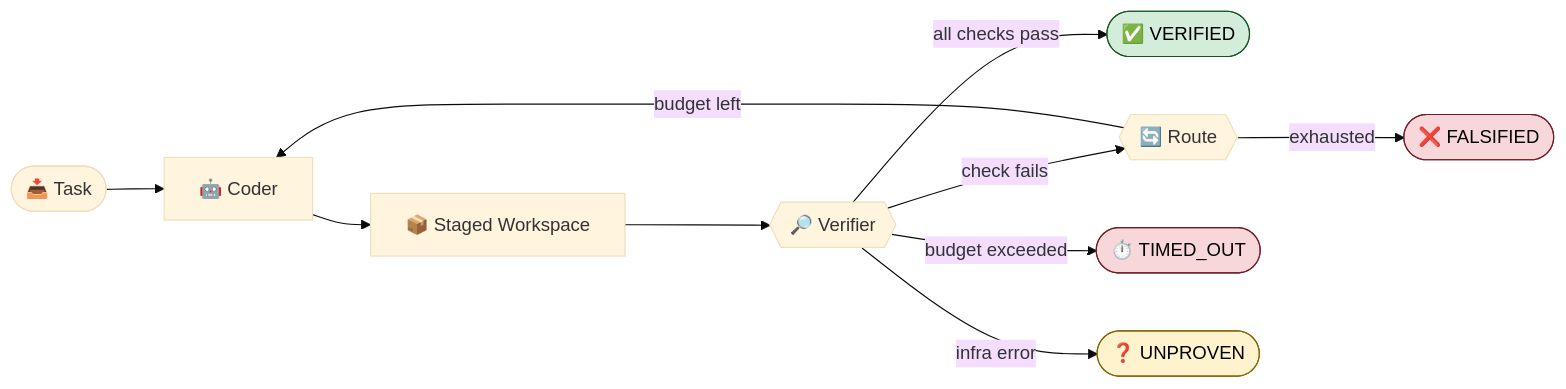
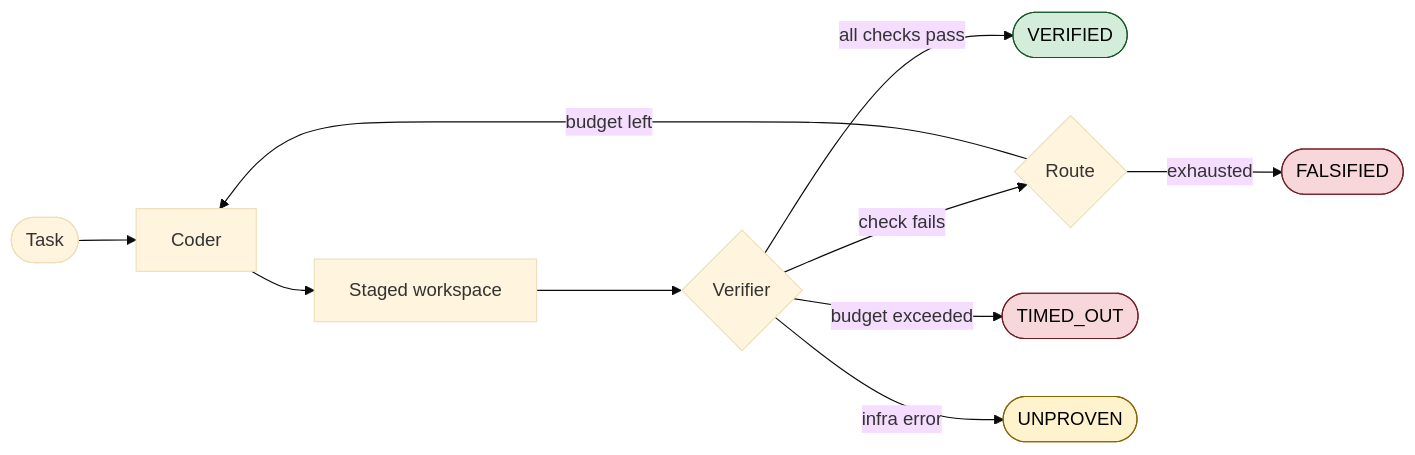
One commit to yhinai/true changed the first of 8 diagrams in README.md. Above: the diagram before and after it, drawn with Mermaid (base theme). The commit also changed other lines of this file, not shown here.

Commit message:
docs: minimal README with fixed diagrams

````diff
--- a/README.md
+++ b/README.md
@@ -25,19 +22,19 @@
 ```mermaid
 flowchart LR
-    Task([📥 Task]) --> Coder[🤖 Coder]
-    Coder --> Stage[📦 Staged Workspace]
-    Stage --> Verify{{🔎 Verifier}}
-    Verify -- all checks pass --> Verified([✅ VERIFIED])
-    Verify -- check fails --> Retry{{🔄 Route}}
-    Verify -- budget exceeded --> Timeout([⏱️ TIMED_OUT])
-    Verify -- infra error --> Unproven([❓ UNPROVEN])
-    Retry -- budget left --> Coder
-    Retry -- exhausted --> Falsified([❌ FALSIFIED])
+    T(["Task"]) --> C["Coder"]
+    C --> S["Staged workspace"]
+    S --> V{"Verifier"}
+    V -- "all checks pass" --> OK([" VERIFIED "])
+    V -- "check fails" --> R{"Route"}
+    V -- "budget exceeded" --> TO([" TIMED_OUT "])
+    V -- "infra error" --> UN([" UNPROVEN "])
+    R -- "budget left" --> C
+    R -- "exhausted" --> NO([" FALSIFIED "])
 
-    classDef good fill:#d4edda,stroke:#155724,color:#000
+    classDef ok fill:#d4edda,stroke:#155724,color:#000
     classDef bad fill:#f8d7da,stroke:#721c24,color:#000
     classDef maybe fill:#fff3cd,stroke:#856404,color:#000
-    class Verified good
-    class Falsified,Timeout bad
-    class Unproven maybe
+    class OK ok
+    class NO,TO bad
+    class UN maybe
 ```
````
